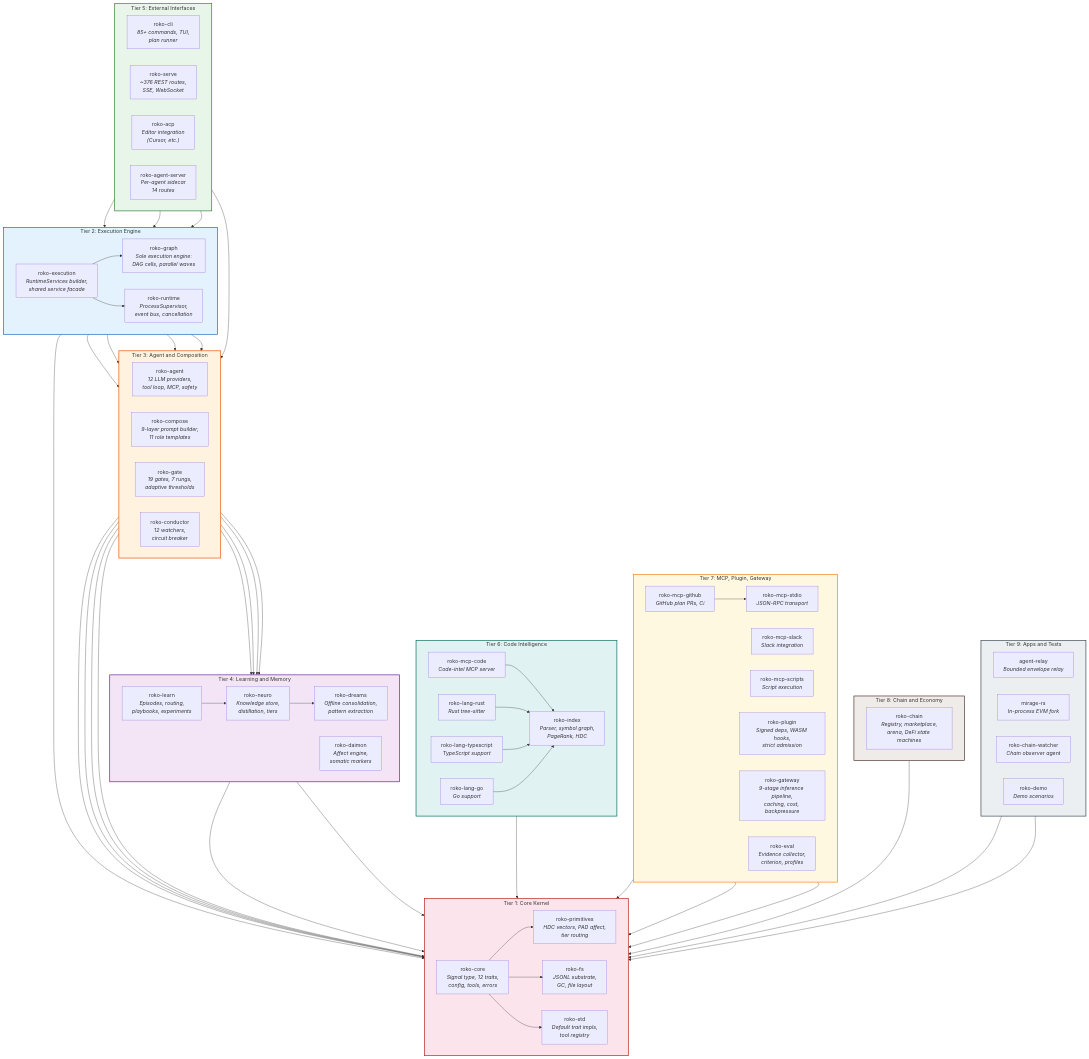
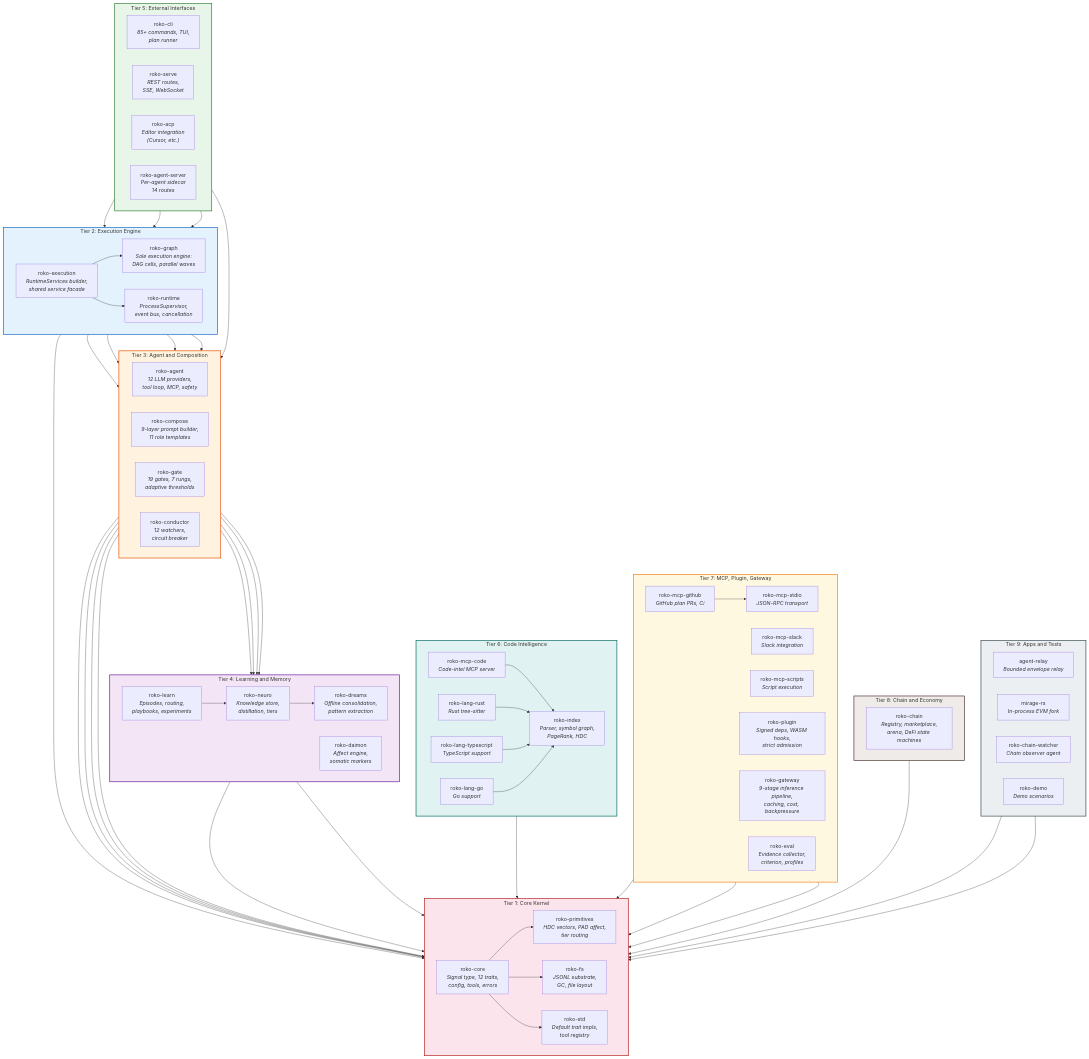
Before and after one commit to wpank/roko: the diagram in docs/v3/explorer/architecture.md, drawn with Mermaid. The commit also changed other lines of this file and 30 other files, not shown here.

```diff
--- a/docs/v3/explorer/architecture.md
+++ b/docs/v3/explorer/architecture.md
@@ -74,7 +74,7 @@
     subgraph T5["Tier 5: External Interfaces"]
         direction LR
         CLI["roko-cli<br/><i>85+ commands, TUI,<br/>plan runner</i>"]
-        SERVE["roko-serve<br/><i>~376 REST routes,<br/>SSE, WebSocket</i>"]
+        SERVE["roko-serve<br/><i>REST routes,<br/>SSE, WebSocket</i>"]
         ACP["roko-acp<br/><i>Editor integration<br/>(Cursor, etc.)</i>"]
         AGSERV["roko-agent-server<br/><i>Per-agent sidecar<br/>14 routes</i>"]
     end
```
